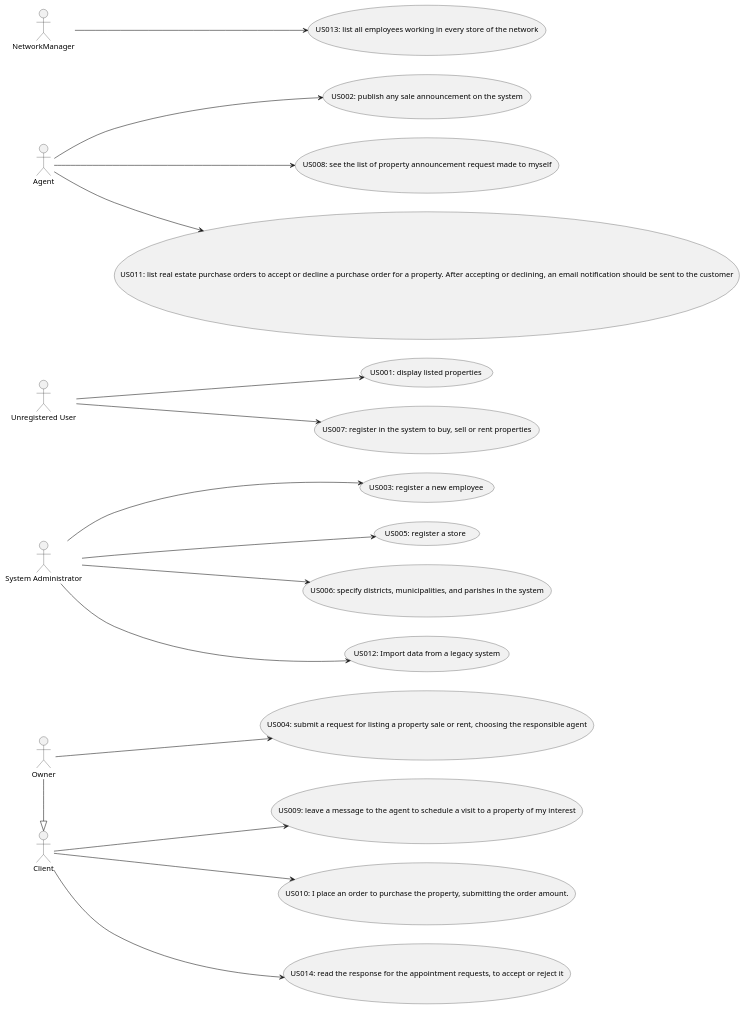
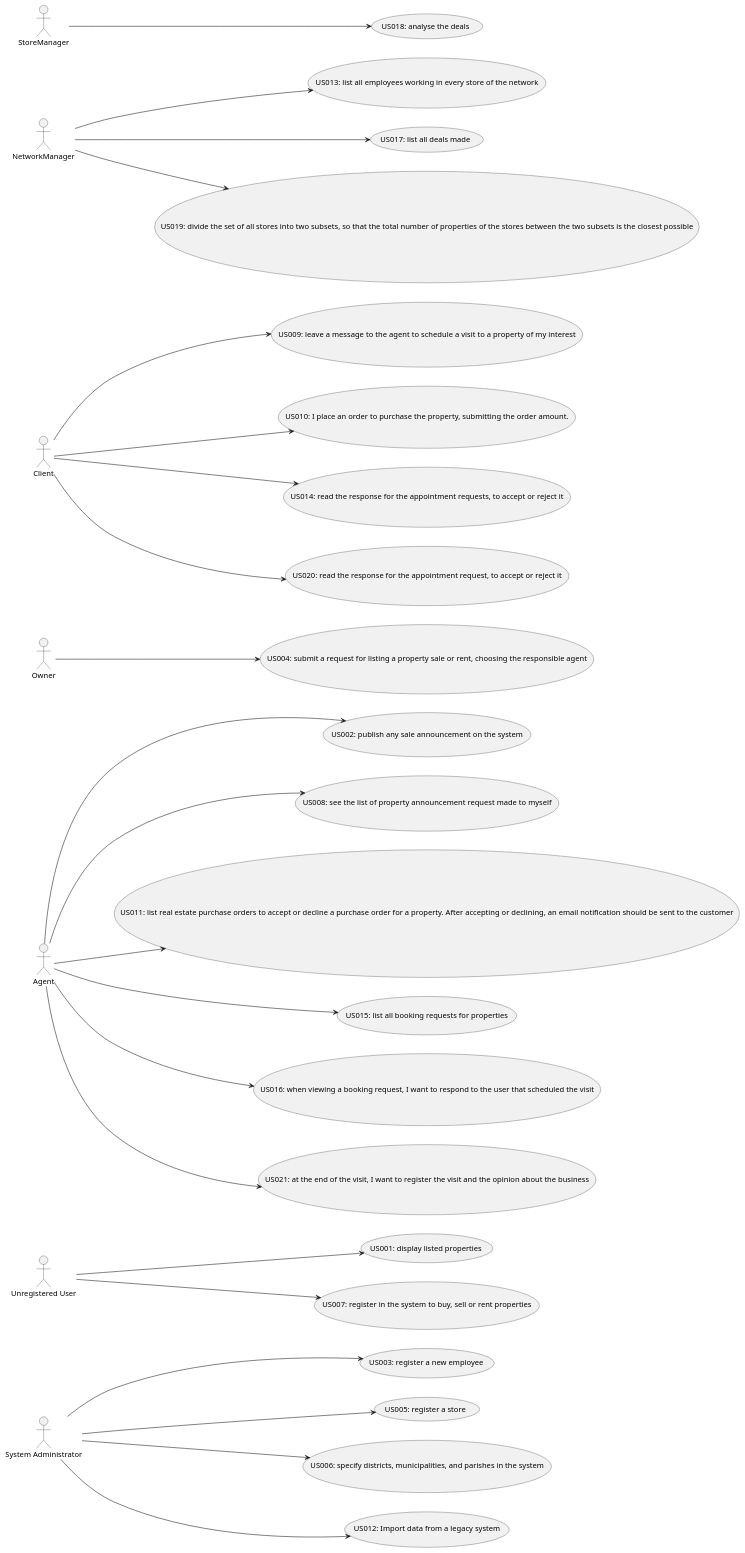
The diagram in docs/sprintD/global-artifacts/01.requirements-engineering/puml/UCD.puml (tiagohcorreia/LAPR2), drawn with PlantUML before and after one commit.

Commit message:
Use Case Diagram updated with the US from sprintD

```diff
--- a/docs/sprintD/global-artifacts/01.requirements-engineering/puml/UCD.puml
+++ b/docs/sprintD/global-artifacts/01.requirements-engineering/puml/UCD.puml
@@ -1,41 +1,54 @@
 @startuml
 
 :System Administrator: as Admin
 :Unregistered User: as UnregUser
 :Agent: as Agent
 :Owner: as Owner
-Owner -|> Client
 
 
 Left to right direction
 
 
 UnregUser --> (US001: display listed properties)
 
 Agent --> (US002: publish any sale announcement on the system)
 
 Admin --> (US003: register a new employee)
 
 Owner --> (US004: submit a request for listing a property sale or rent, choosing the responsible agent)
 
 Admin --> (US005: register a store)
 
 Admin --> (US006: specify districts, municipalities, and parishes in the system)
 
 UnregUser --> (US007: register in the system to buy, sell or rent properties)
 
 Agent --> (US008: see the list of property announcement request made to myself)
 
 Client --> (US009: leave a message to the agent to schedule a visit to a  property of my interest)
 
 Client --> (US010: I place an order to purchase the property, submitting the order amount.)
 
 Agent --> (US011: list real estate purchase orders to accept or decline a purchase order for a property. After accepting or declining, an email notification should be sent to the customer)
 
 Admin --> (US012: Import data from a legacy system)
 
 NetworkManager --> (US013: list all employees working in every store of the network)
 
 Client --> (US014: read the response for the appointment requests, to accept or reject it)
 
+Agent --> (US015: list all booking requests for properties)
+
+Agent --> (US016: when viewing a booking request, I want to respond to the user that scheduled the visit)
+
+NetworkManager --> (US017: list all deals made)
+
+StoreManager --> (US018: analyse the deals)
+
+NetworkManager --> (US019: divide the set of all stores into two subsets, so that the total number of properties of the stores between the two subsets is the closest possible)
+
+Client --> (US020: read the response for the appointment request, to accept or reject it)
+
+Agent --> (US021: at the end of the visit, I want to register the visit and the opinion about the business)
+
 @enduml
```
